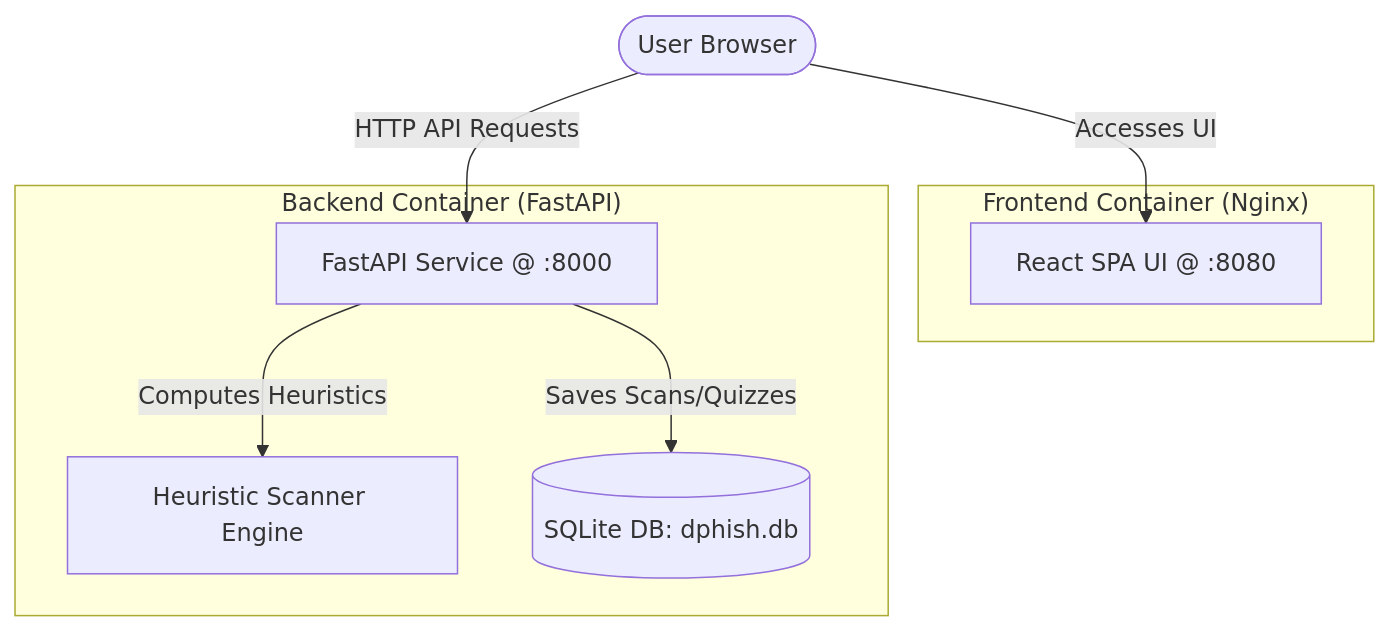
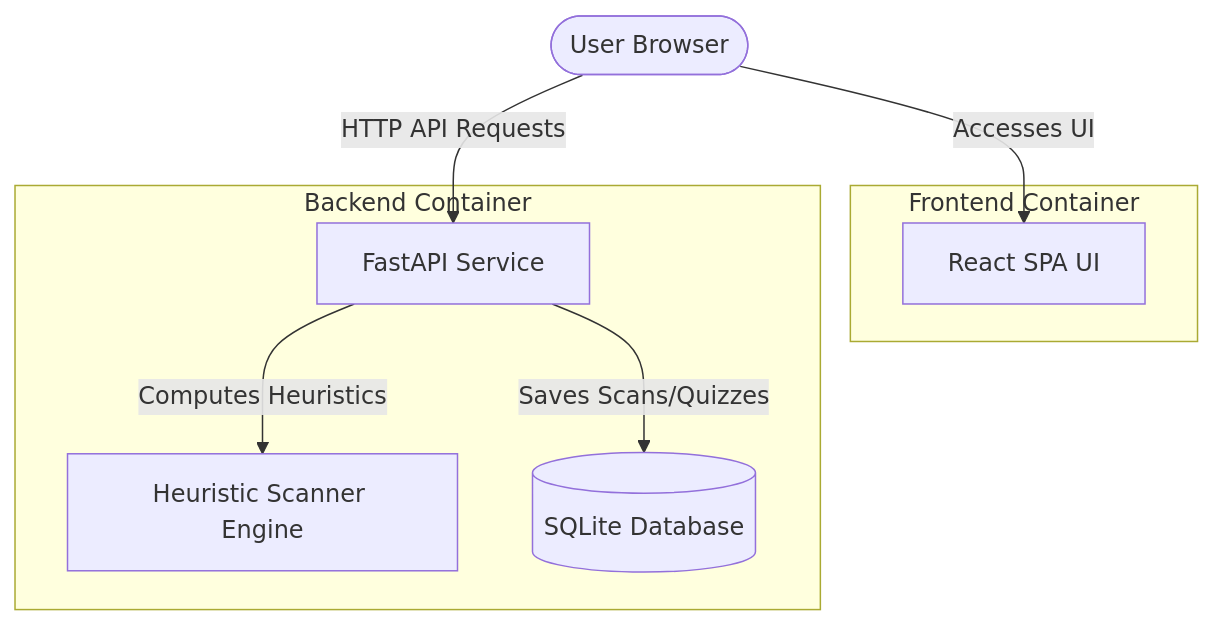
One commit to OmarAdel2001/task2_frontend_backend changed the diagram in README.md. Above: the diagram before and after it, drawn with Mermaid.

Commit message:
Simplify Mermaid diagram to remove special characters from labels

````diff
--- a/README.md
+++ b/README.md
@@ -11,19 +11,19 @@
 ```mermaid
 graph TD
     User([User Browser])
     
-    subgraph Frontend ["Frontend Container (Nginx)"]
-        UI["React SPA UI @ :8080"]
+    subgraph Frontend [Frontend Container]
+        UI[React SPA UI]
     end
 
-    subgraph Backend ["Backend Container (FastAPI)"]
-        API["FastAPI Service @ :8000"]
-        Engine["Heuristic Scanner Engine"]
-        DB[("SQLite DB: dphish.db")]
+    subgraph Backend [Backend Container]
+        API[FastAPI Service]
+        Engine[Heuristic Scanner Engine]
+        DB[(SQLite Database)]
     end
 
     User -->|Accesses UI| UI
     User -->|HTTP API Requests| API
     API -->|Computes Heuristics| Engine
     API -->|Saves Scans/Quizzes| DB
 ```
````
